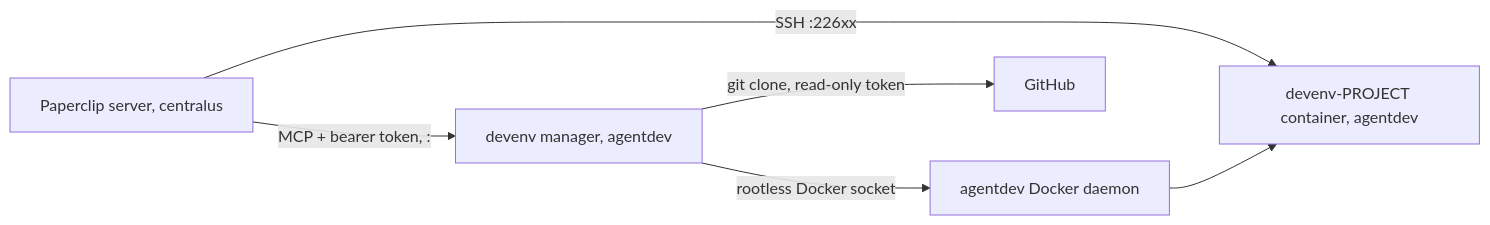
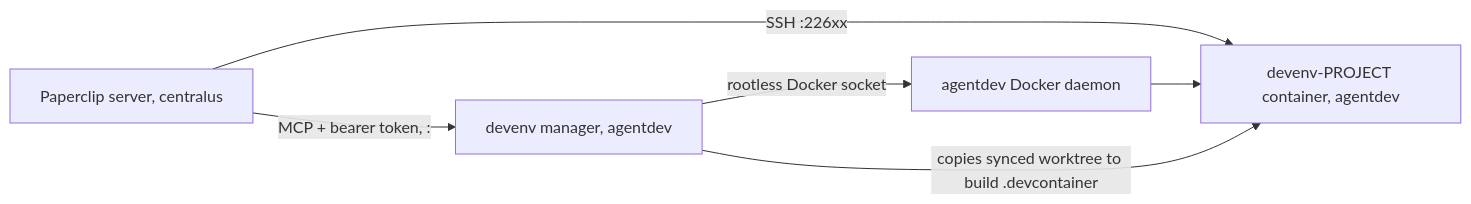
Before and after one commit to CentralusLLC/kb-tools: the diagram in docs/environments/agent-dev-environments.md, drawn with Mermaid. The commit also changed other lines of this file and 11 other files, not shown here.

First line of the commit message:
[0010-03] devenv manager: per-project keys, build from synced worktree, no GitHub credential

````diff
--- a/docs/environments/agent-dev-environments.md
+++ b/docs/environments/agent-dev-environments.md
@@ -19,8 +21,8 @@
 ```mermaid
 flowchart LR
   pc[Paperclip server, centralus] -->|SSH <host-ip>:226xx| dc[devenv-PROJECT container, agentdev]
   pc -->|MCP + bearer token, <host-ip>:<manager-port>| mgr[devenv manager, agentdev]
   mgr -->|rootless Docker socket| docker[agentdev Docker daemon]
   docker --> dc
-  mgr -->|git clone, read-only token| gh[GitHub]
+  mgr -->|copies synced worktree to build .devcontainer| dc
 ```
````
